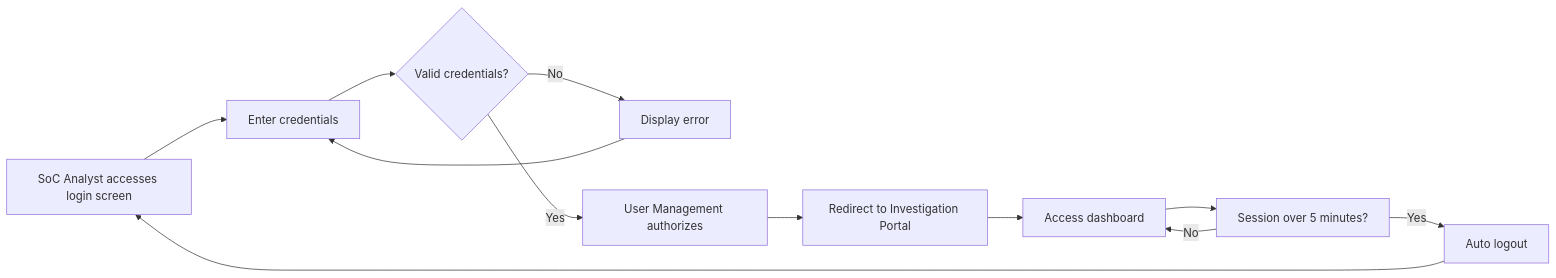
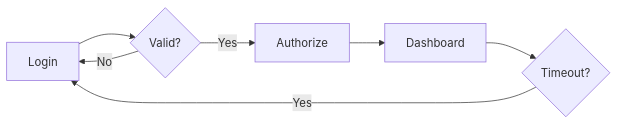
The first of 2 diagrams in HLD.md (guyslab/cyberfort-nexux), drawn with Mermaid before and after one commit. The commit also changed other lines of this file, not shown here.

````diff
--- a/HLD.md
+++ b/HLD.md
@@ -95,12 +95,9 @@
 ```mermaid
 flowchart LR
-    A[SoC Analyst accesses login screen] --> B[Enter credentials]
-    B --> C{Valid credentials?}
-    C -->|No| D[Display error] --> B
-    C -->|Yes| E[User Management authorizes]
-    E --> F[Redirect to Investigation Portal]
-    F --> G[Access dashboard]
-    G --> H[Session over 5 minutes?]
-    H -->|Yes| I[Auto logout] --> A
-    H -->|No| G
+    A[Login] --> B{Valid?}
+    B -->|No| A
+    B -->|Yes| C[Authorize]
+    C --> D[Dashboard]
+    D --> E{Timeout?}
+    E -->|Yes| A
 ```
````
